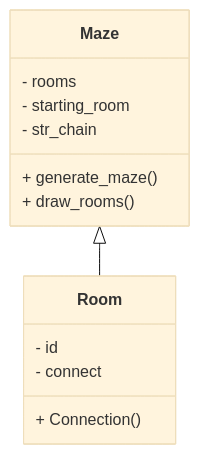
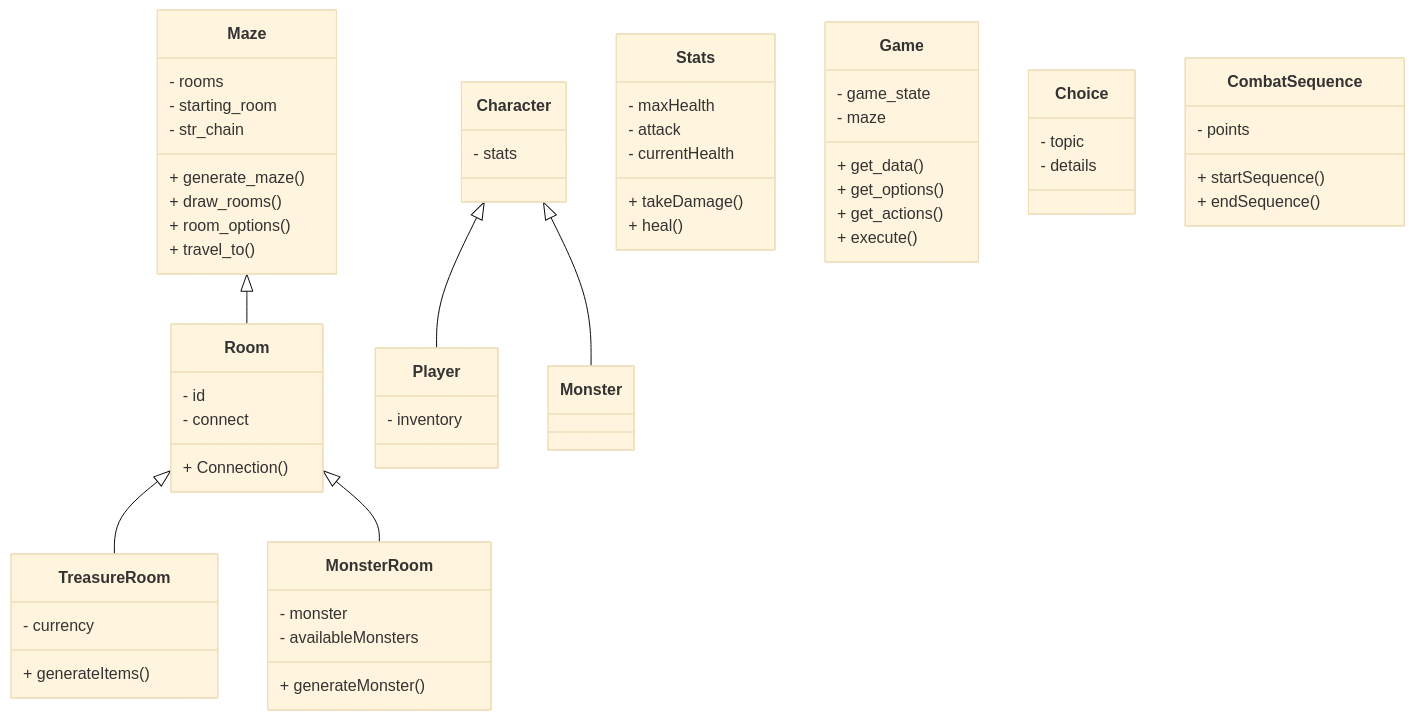
One commit to marcoscheong/JC1-Summary-Project changed the diagram in README.md. Above: the diagram before and after it, drawn with Mermaid (base theme).

Commit message:
updated class diagrams accordingly

````diff
--- a/README.md
+++ b/README.md
@@ -15,17 +15,66 @@
 ```mermaid
 classDiagram
     Maze <|-- Room
+    
     Maze : - rooms
     Maze : - starting_room
     Maze : - str_chain
+
     Room : - id
     Room : - connect
+    Room <|-- TreasureRoom
+    Room <|-- MonsterRoom
+
+    TreasureRoom : - currency
+    MonsterRoom : - monster
+    MonsterRoom : - availableMonsters
+
+    Character : - stats
+    Character <|-- Player
+    Character <|-- Monster
+    Player : - inventory
+
+    Stats : - maxHealth
+    Stats : - attack
+    Stats : - currentHealth
+
+    Game : - game_state
+    Game : - maze
+
+    Choice : - topic
+    Choice : - details
+
+    CombatSequence : - points
     class Room{
         + Connection()
     }
     class Maze{
         + generate_maze()
         + draw_rooms()
+        + room_options()
+        + travel_to()
+    }
+    class Game{
+        + get_data()
+        + get_options()
+        + get_actions()
+        + execute()
+    }
+    class TreasureRoom{
+        + generateItems()
     }
 
+    class MonsterRoom{
+        + generateMonster()
+    }
+    
+    class Stats{
+        + takeDamage()
+        + heal()
+    }
+    
+    class CombatSequence{
+        + startSequence()
+        + endSequence()
+    }
 ```
````
